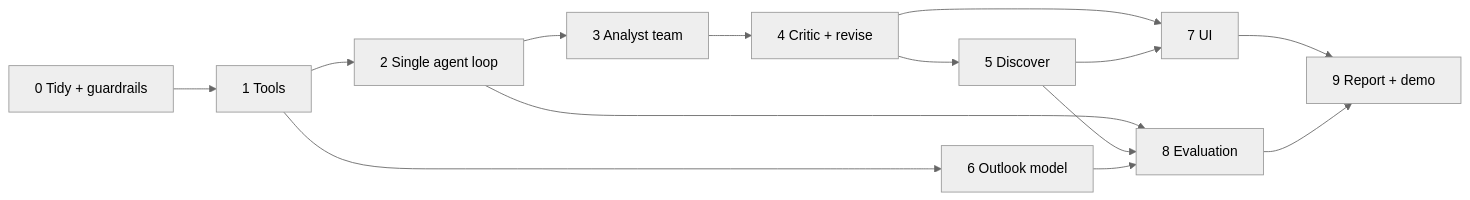
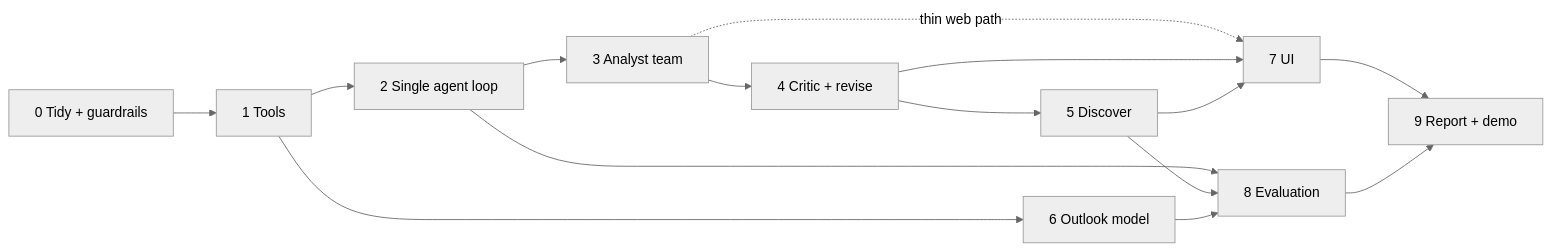
One commit to ivan00105/Agentic-System-for-Investment-Research changed the second of 2 diagrams in PROJECT_GUIDE.md. Above: the diagram before and after it, drawn with Mermaid (neutral theme). The commit also changed other lines of this file, not shown here.

````diff
--- a/PROJECT_GUIDE.md
+++ b/PROJECT_GUIDE.md
@@ -308,16 +308,17 @@
 ```mermaid
 flowchart LR
     P0[0 Tidy + guardrails] --> P1[1 Tools]
     P1 --> P2[2 Single agent loop]
     P2 --> P3[3 Analyst team]
     P3 --> P4[4 Critic + revise]
     P4 --> P5[5 Discover]
     P1 --> P6[6 Outlook model]
-    P4 --> P7[7 UI]
+    P3 -. thin web path .-> P7[7 UI]
+    P4 --> P7
     P5 --> P7
     P2 --> P8[8 Evaluation]
     P5 --> P8
     P6 --> P8
     P7 --> P9[9 Report + demo]
     P8 --> P9
 ```
````
